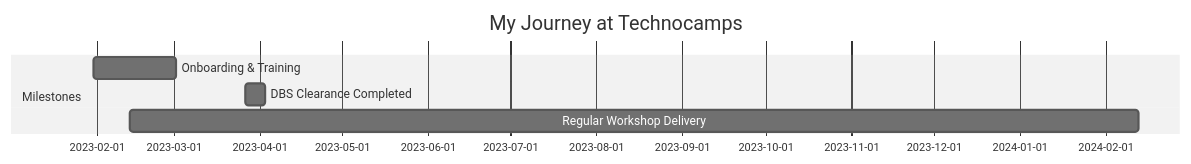
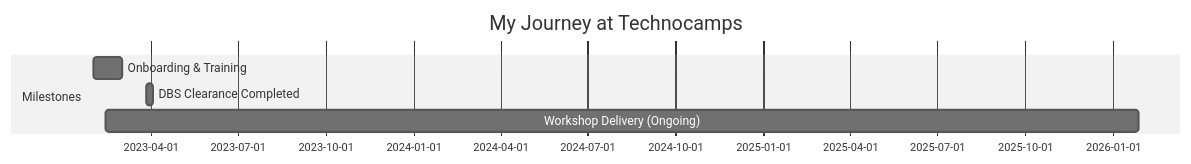
One commit to andiekobbietks/Curriculum-Vitae-life-experiences-repo changed the diagram in organizations/technocamps/README.md. Above: the diagram before and after it, drawn with Mermaid (neutral theme). The commit also changed other lines of this file and 3 other files, not shown here.

First line of the commit message:
Fix broken links and update Gantt chart dates

````diff
--- a/organizations/technocamps/README.md
+++ b/organizations/technocamps/README.md
@@ -20,9 +20,9 @@
 ```mermaid
 gantt
     title My Journey at Technocamps
     dateFormat  YYYY-MM-DD
     section Milestones
     Onboarding & Training    :2023-01-31, 30d
     DBS Clearance Completed  :2023-03-27, 7d
-    Regular Workshop Delivery :2023-02-13, 365d
+    Workshop Delivery (Ongoing) :2023-02-13, 2026-01-28
 ```
````
